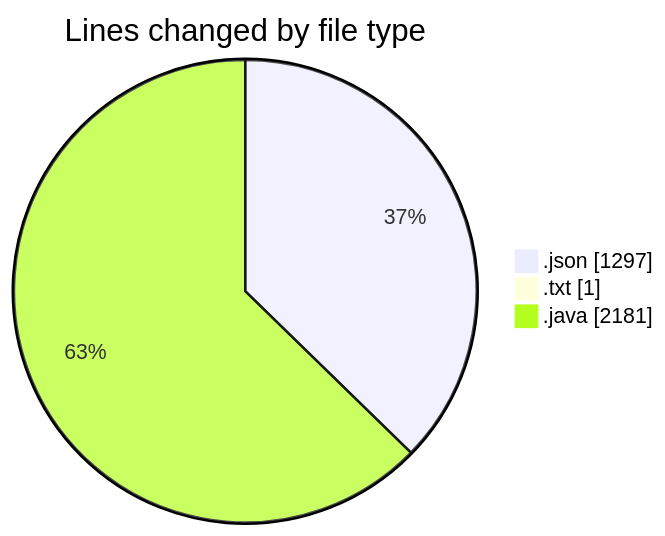
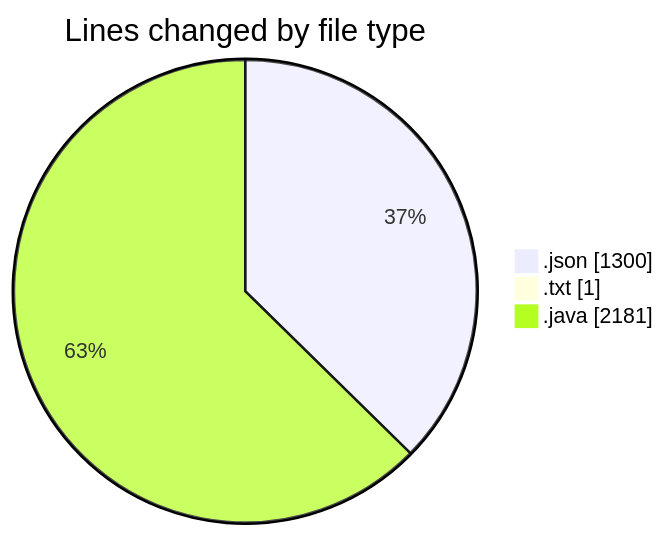
Before and after one commit to ricardozamudiocil/code-tracking: the first of 2 diagrams in 2026-10-15/cilapp/README.md, drawn with Mermaid. The commit also changed other lines of this file and 1 other file, not shown here.

````diff
--- a/2026-10-15/cilapp/README.md
+++ b/2026-10-15/cilapp/README.md
@@ -23,7 +23,7 @@
 ```mermaid
 pie showData
 title Lines changed by file type
-".json" : 1297
+".json" : 1300
 ".txt" : 1
 ".java" : 2181
 ```
````
